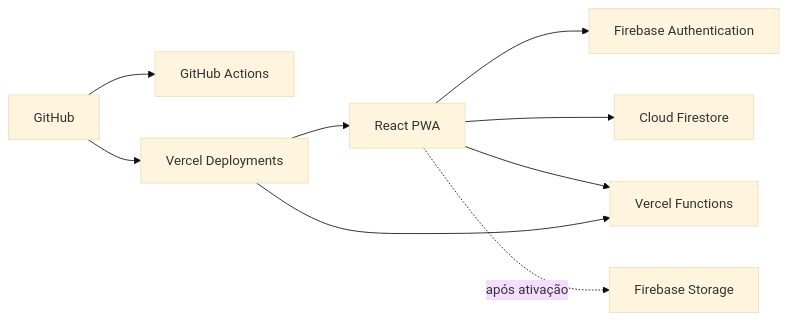
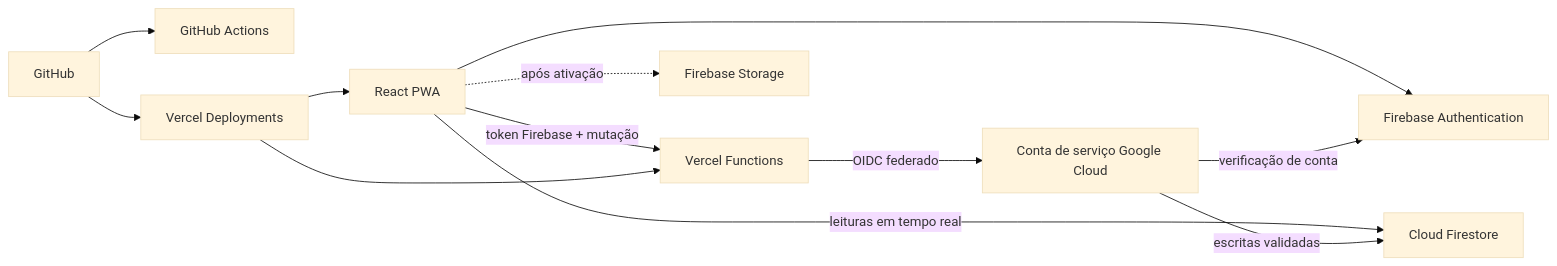
The diagram in docs/ARCHITECTURE.md (jaosiman000-jpg/ipcnconecta), drawn with Mermaid (base theme) before and after one commit. The commit also changed other lines of this file and 32 other files, not shown here.

````diff
--- a/docs/ARCHITECTURE.md
+++ b/docs/ARCHITECTURE.md
@@ -5,11 +5,14 @@
 ```mermaid
 flowchart LR
   PWA[React PWA] --> AUTH[Firebase Authentication]
-  PWA --> DB[Cloud Firestore]
-  PWA --> API[Vercel Functions]
+  PWA -->|leituras em tempo real| DB[Cloud Firestore]
+  PWA -->|token Firebase + mutação| API[Vercel Functions]
+  API -->|OIDC federado| GCP[Conta de serviço Google Cloud]
+  GCP -->|escritas validadas| DB
+  GCP -->|verificação de conta| AUTH
   PWA -. após ativação .-> FILES[Firebase Storage]
   GH[GitHub] --> CI[GitHub Actions]
   GH --> VERCEL[Vercel Deployments]
   VERCEL --> PWA
   VERCEL --> API
 ```
````
